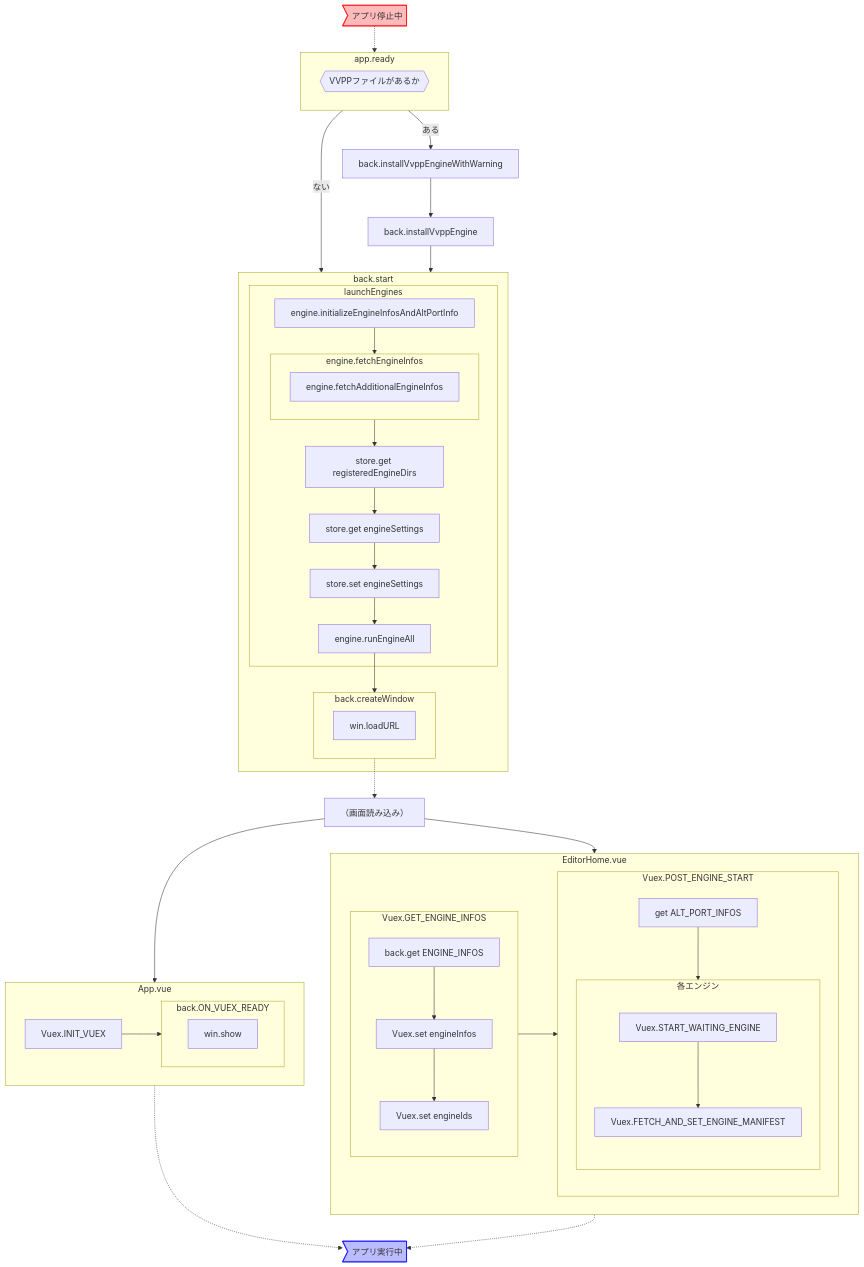
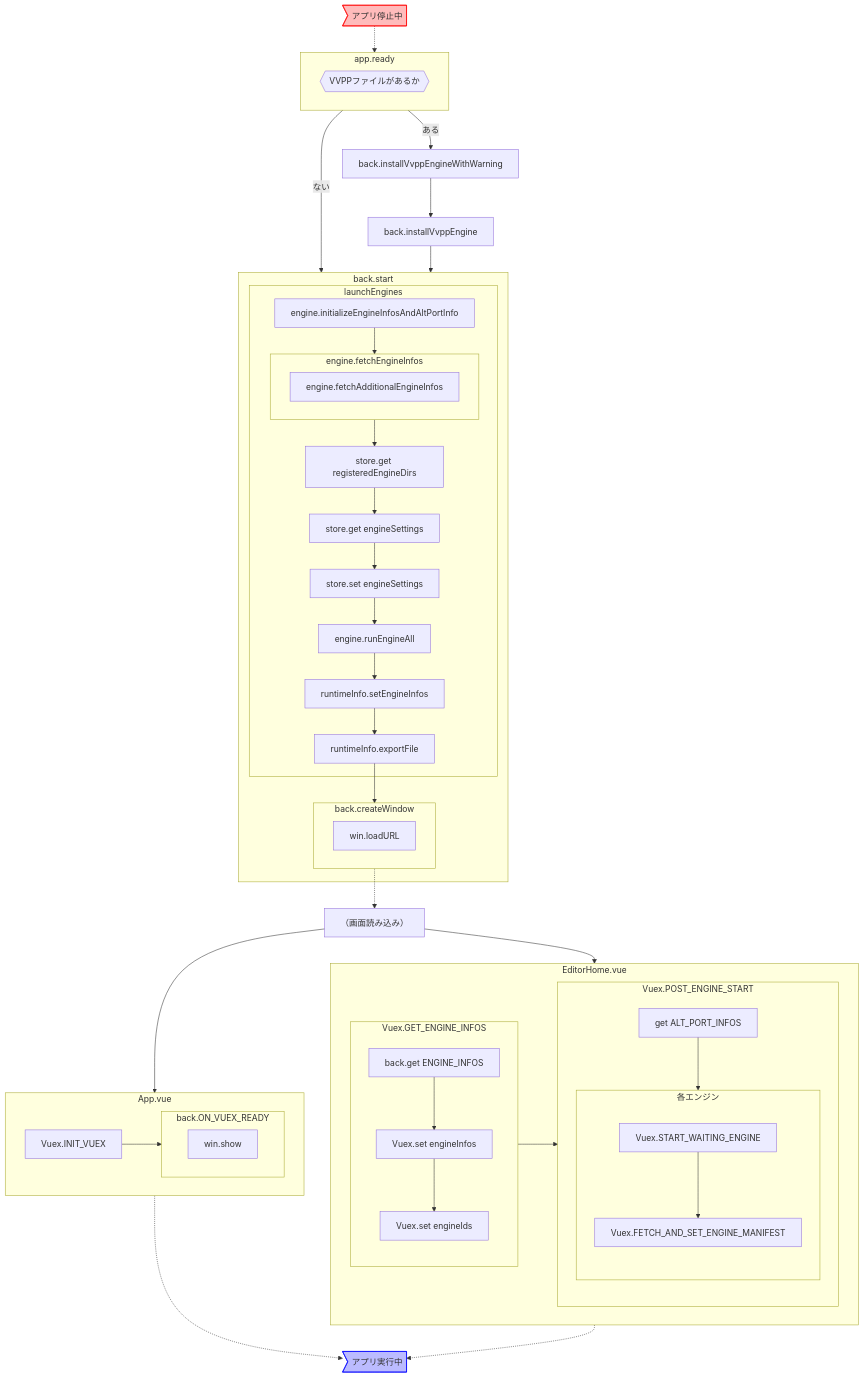
One commit to VOICEVOX/voicevox changed the diagram in docs/res/起動シーケンス図.md. Above: the diagram before and after it, drawn with Mermaid. The commit also changed 3 other files, not shown here.

Commit message:
EngineManagerとRuntimeInfoManagerを疎結合に

````diff
--- a/docs/res/起動シーケンス図.md
+++ b/docs/res/起動シーケンス図.md
@@ -3,53 +3,55 @@
 ```mermaid
 flowchart
   174170["back.installVvppEngineWithWarning"] --> 786961["back.installVvppEngine"]
   764022["（画面読み込み）"] --> 698565["App.vue"]
   764022 --> 332024["EditorHome.vue"]
   733212["back.createWindow"] -.-> 764022
   448821>"アプリ停止中"] -.-> 430173["app.ready"]
   style 448821 fill:#ffbbbb,stroke:#ff0000
   430173 -->|"ある"| 174170
   430173 -->|"ない"| 389651["back.start"]
   698565 -.-> 704891>"アプリ実行中"]
   style 704891 fill:#bbbbff,stroke:#0000ff
   332024 -.-> 704891
   786961 --> 389651
   subgraph 332024["EditorHome.vue"]
     709863["Vuex.GET_ENGINE_INFOS"] --> 773040["Vuex.POST_ENGINE_START"]
     subgraph 773040["Vuex.POST_ENGINE_START"]
       970396["get ALT_PORT_INFOS"] --> 467527["各エンジン"]
       subgraph 467527["各エンジン"]
         592206["Vuex.START_WAITING_ENGINE"] --> 799767["Vuex.FETCH_AND_SET_ENGINE_MANIFEST"]
       end
     end
     subgraph 709863["Vuex.GET_ENGINE_INFOS"]
       807081["back.get ENGINE_INFOS"] --> 423649["Vuex.set engineInfos"]
       423649 --> 623418["Vuex.set engineIds"]
     end
   end
   subgraph 389651["back.start"]
-    967432["engine.runEngineAll"] --> 733212
+    321984["runtimeInfo.exportFile"] --> 733212
     subgraph 733212["back.createWindow"]
       613440["win.loadURL"]
     end
     subgraph 548965["launchEngines"]
       250263["store.get engineSettings"] --> 222321["store.set engineSettings"]
       870482["store.get registeredEngineDirs"] --> 250263
-      222321 --> 967432
+      222321 --> 967432["engine.runEngineAll"]
       656570["engine.fetchEngineInfos"] --> 870482
       110954["engine.initializeEngineInfosAndAltPortInfo"] --> 656570
+      967432 --> 302398["runtimeInfo.setEngineInfos"]
+      302398 --> 321984
       subgraph 656570["engine.fetchEngineInfos"]
         267019["engine.fetchAdditionalEngineInfos"]
       end
     end
   end
   subgraph 430173["app.ready"]
     546251{{"VVPPファイルがあるか"}}
   end
   subgraph 698565["App.vue"]
     646647["Vuex.INIT_VUEX"] --> 632374["back.ON_VUEX_READY"]
     subgraph 632374["back.ON_VUEX_READY"]
       225701["win.show"]
     end
   end
 ```
````
